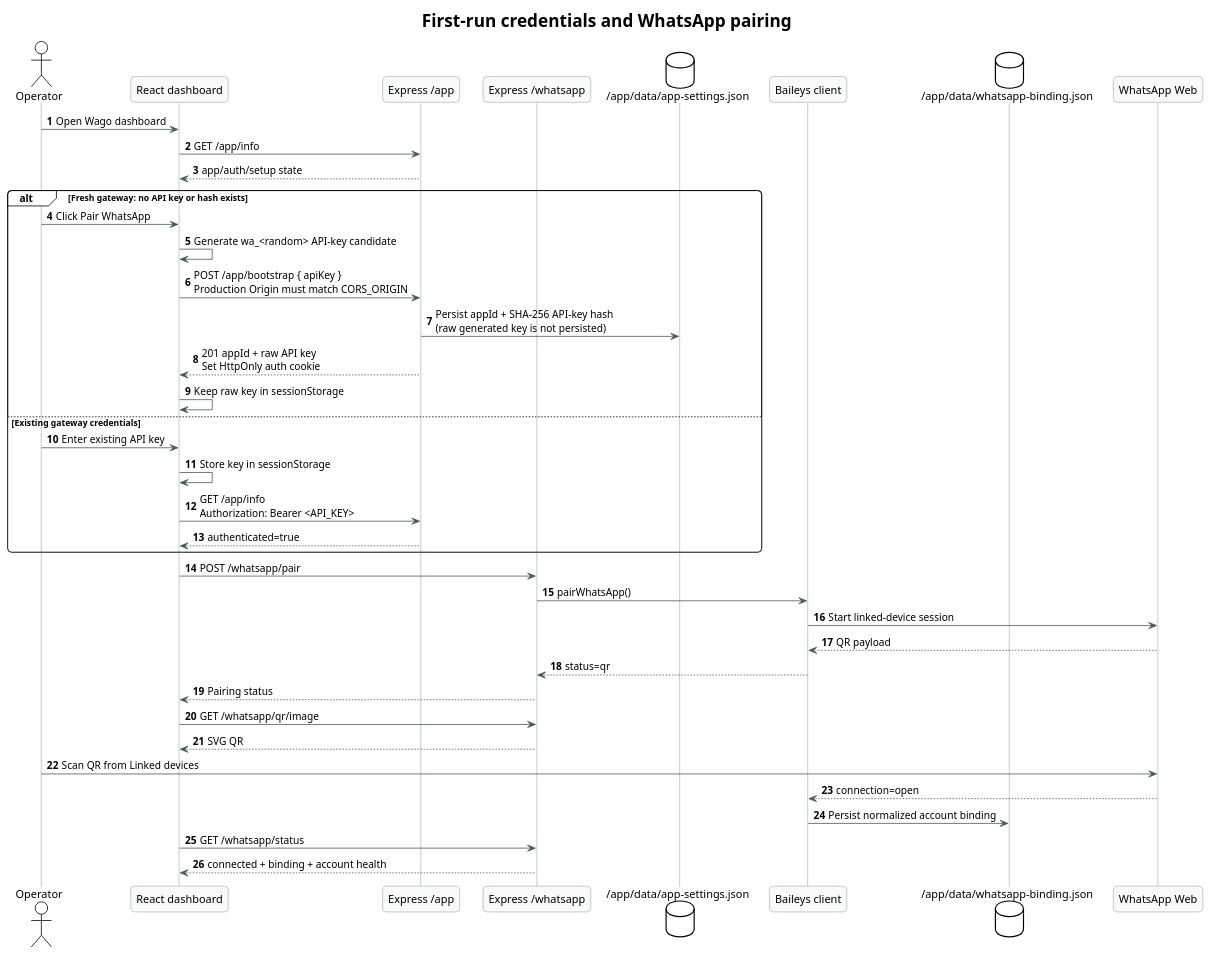
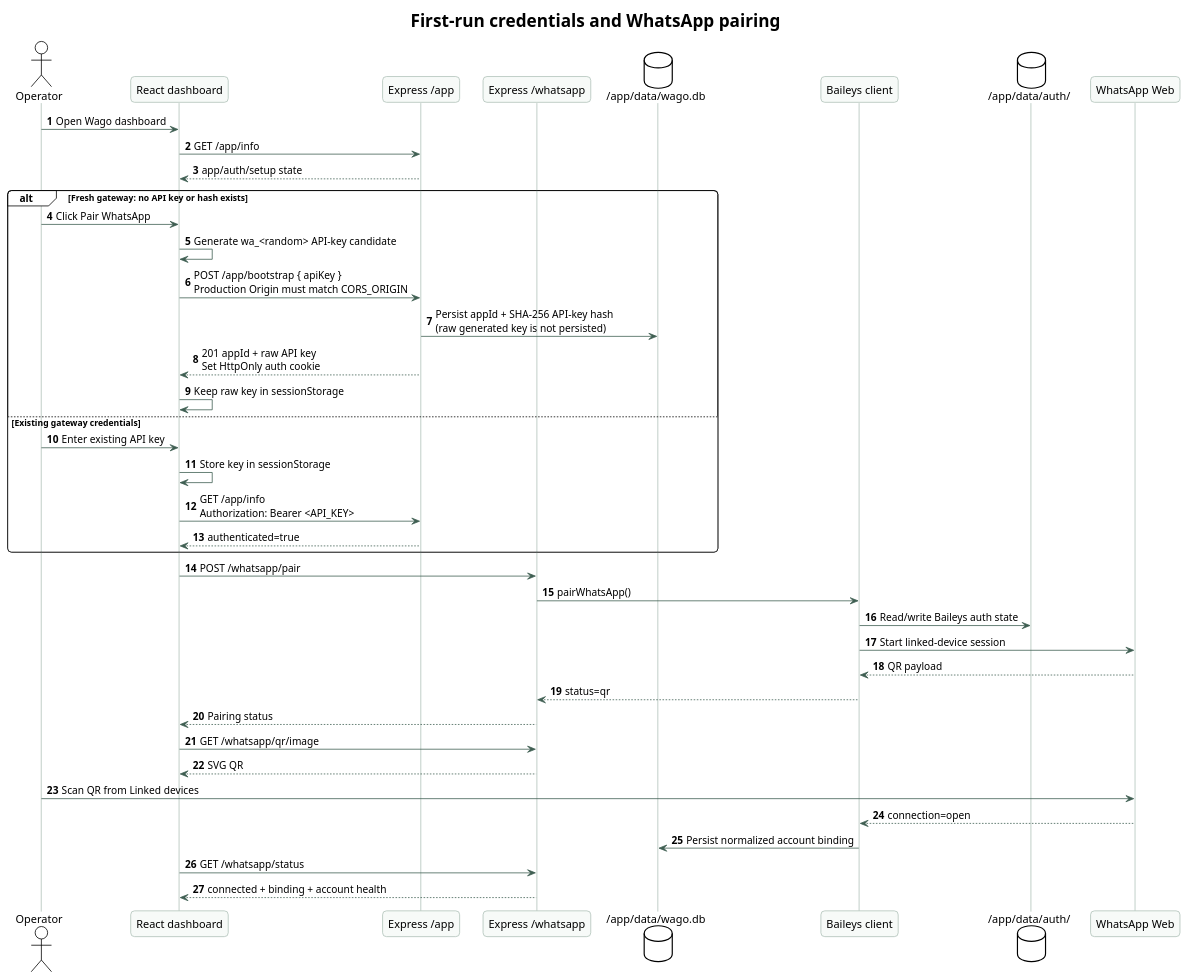
Before and after one commit to howlil/wago: the diagram in docs/diagrams/bootstrap-pairing-flow.puml, drawn with PlantUML. The commit also changed 34 other files, not shown here.

```diff
--- a/docs/diagrams/bootstrap-pairing-flow.puml
+++ b/docs/diagrams/bootstrap-pairing-flow.puml
@@ -1,56 +1,57 @@
 @startuml
 !theme plain
 skinparam backgroundColor #FFFFFF
 skinparam shadowing false
 skinparam roundcorner 10
 skinparam defaultFontName sans-serif
 skinparam ArrowColor #3F5E52
 skinparam ParticipantBorderColor #AFC2B9
 skinparam ParticipantBackgroundColor #F7FAF8
 skinparam SequenceLifeLineBorderColor #AFC2B9
 skinparam SequenceLifeLineBackgroundColor #F7FAF8
 
 title First-run credentials and WhatsApp pairing
 
 autonumber
 actor Operator
 participant "React dashboard" as UI
 participant "Express /app" as App
 participant "Express /whatsapp" as WaRoutes
-database "/app/data/app-settings.json" as Settings
+database "/app/data/wago.db" as Database
 participant "Baileys client" as Baileys
-database "/app/data/whatsapp-binding.json" as Binding
+database "/app/data/auth/" as Auth
 participant "WhatsApp Web" as WhatsApp
 
 Operator -> UI : Open Wago dashboard
 UI -> App : GET /app/info
 App --> UI : app/auth/setup state
 
 alt Fresh gateway: no API key or hash exists
   Operator -> UI : Click Pair WhatsApp
   UI -> UI : Generate wa_<random> API-key candidate
   UI -> App : POST /app/bootstrap { apiKey }\nProduction Origin must match CORS_ORIGIN
-  App -> Settings : Persist appId + SHA-256 API-key hash\n(raw generated key is not persisted)
+  App -> Database : Persist appId + SHA-256 API-key hash\n(raw generated key is not persisted)
   App --> UI : 201 appId + raw API key\nSet HttpOnly auth cookie
   UI -> UI : Keep raw key in sessionStorage
 else Existing gateway credentials
   Operator -> UI : Enter existing API key
   UI -> UI : Store key in sessionStorage
   UI -> App : GET /app/info\nAuthorization: Bearer <API_KEY>
   App --> UI : authenticated=true
 end
 
 UI -> WaRoutes : POST /whatsapp/pair
 WaRoutes -> Baileys : pairWhatsApp()
+Baileys -> Auth : Read/write Baileys auth state
 Baileys -> WhatsApp : Start linked-device session
 WhatsApp --> Baileys : QR payload
 Baileys --> WaRoutes : status=qr
 WaRoutes --> UI : Pairing status
 UI -> WaRoutes : GET /whatsapp/qr/image
 WaRoutes --> UI : SVG QR
 Operator -> WhatsApp : Scan QR from Linked devices
 WhatsApp --> Baileys : connection=open
-Baileys -> Binding : Persist normalized account binding
+Baileys -> Database : Persist normalized account binding
 UI -> WaRoutes : GET /whatsapp/status
 WaRoutes --> UI : connected + binding + account health
 @enduml
```
